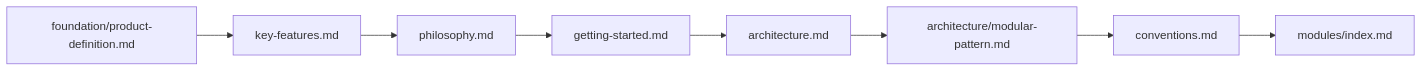
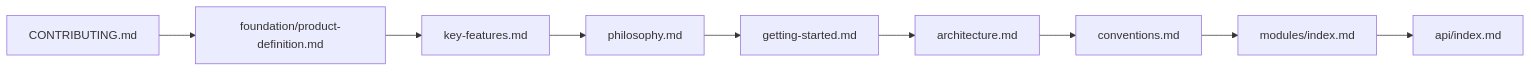
One commit to reasvyn/internara changed the first of 3 diagrams in docs/index.md. Above: the diagram before and after it, drawn with Mermaid. The commit also changed other lines of this file and 670 other files, not shown here.

````diff
--- a/docs/index.md
+++ b/docs/index.md
@@ -164,10 +154,11 @@
 ```mermaid
 flowchart LR
-    A[foundation/product-definition.md] --> B[key-features.md]
-    B --> C[philosophy.md]
-    C --> D[getting-started.md]
-    D --> E[architecture.md]
-    E --> F[architecture/modular-pattern.md]
+    A[CONTRIBUTING.md] --> B[foundation/product-definition.md]
+    B --> C[key-features.md]
+    C --> D[philosophy.md]
+    D --> E[getting-started.md]
+    E --> F[architecture.md]
     F --> G[conventions.md]
     G --> H[modules/index.md]
+    H --> I[api/index.md]
 ```
````
